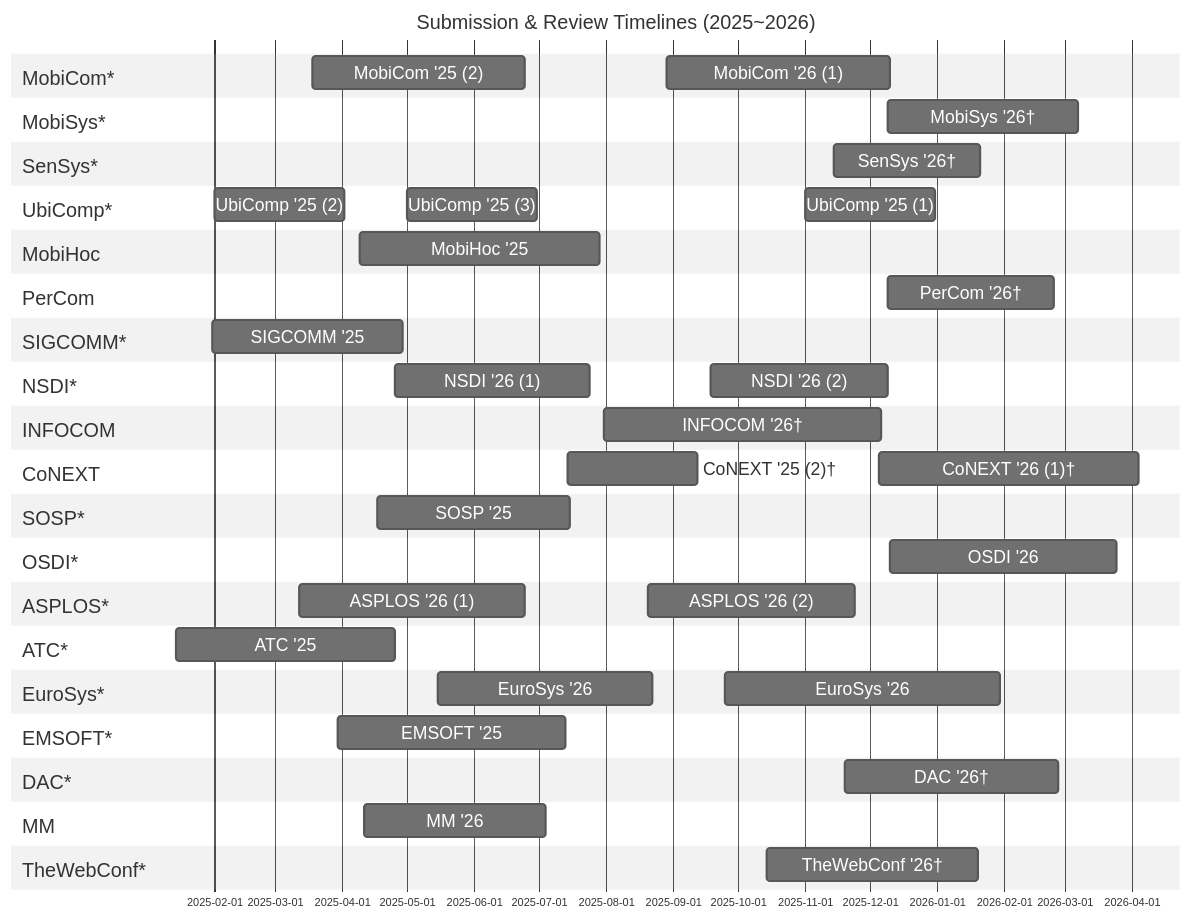
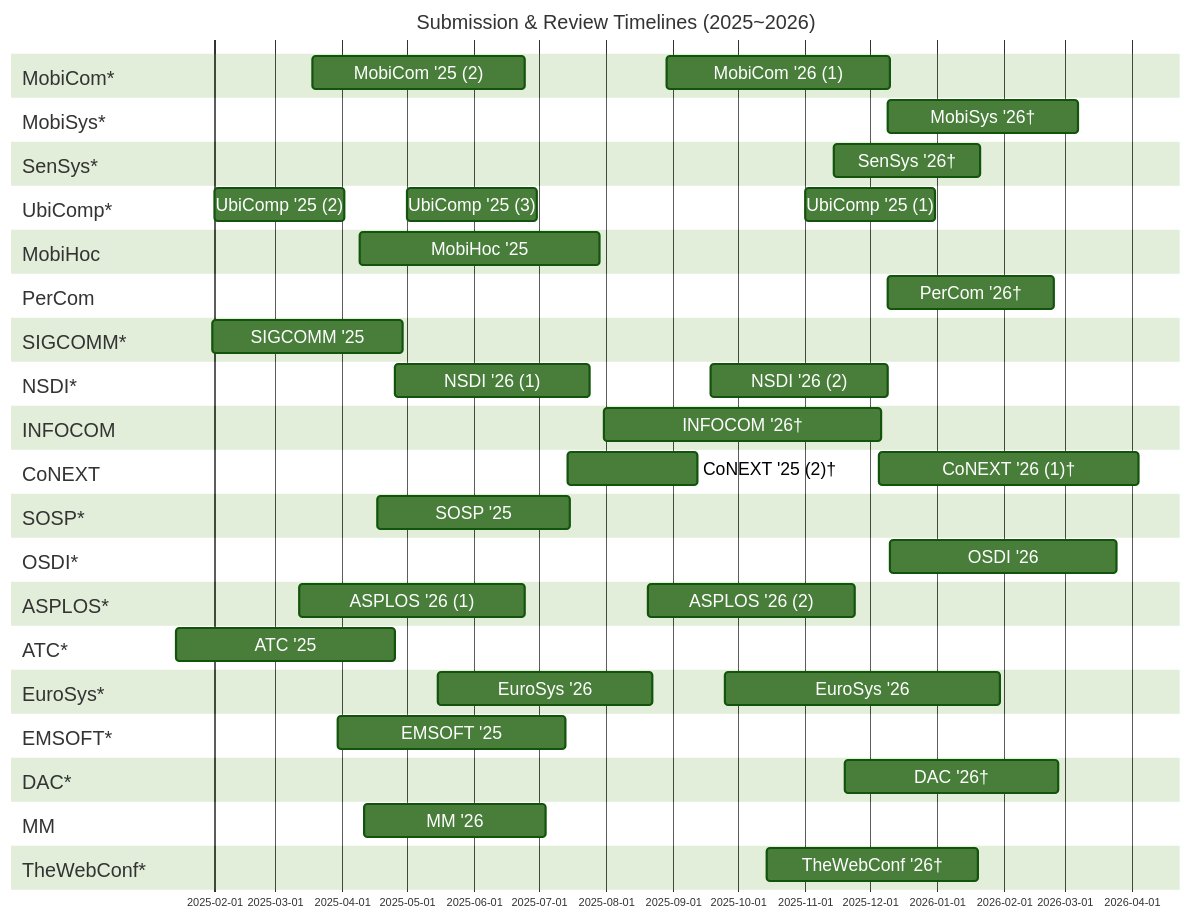
Before and after one commit to iamseonghoon/Mobile-Systems-Conference-Timelines: the diagram in README.md, drawn with Mermaid.

````diff
--- a/README.md
+++ b/README.md
@@ -8,5 +8,5 @@
 ```mermaid
-%%{init: {'theme': 'neutral',
+%%{init: {'theme': 'forest',
 'themeVariables': {
       'fontSize': '18px'},
 "gantt": {
````
